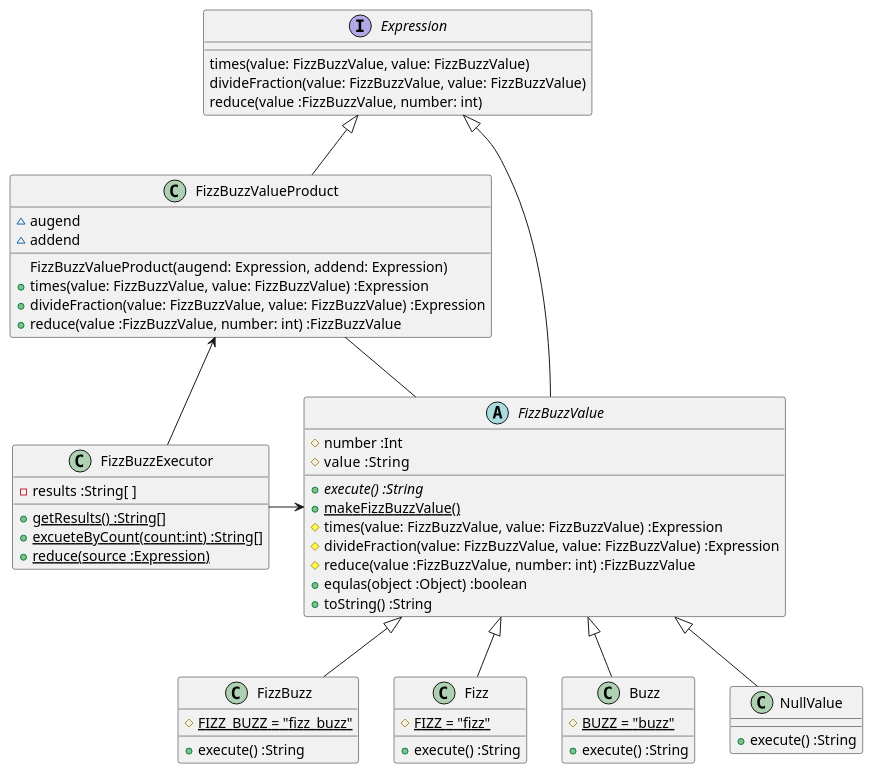
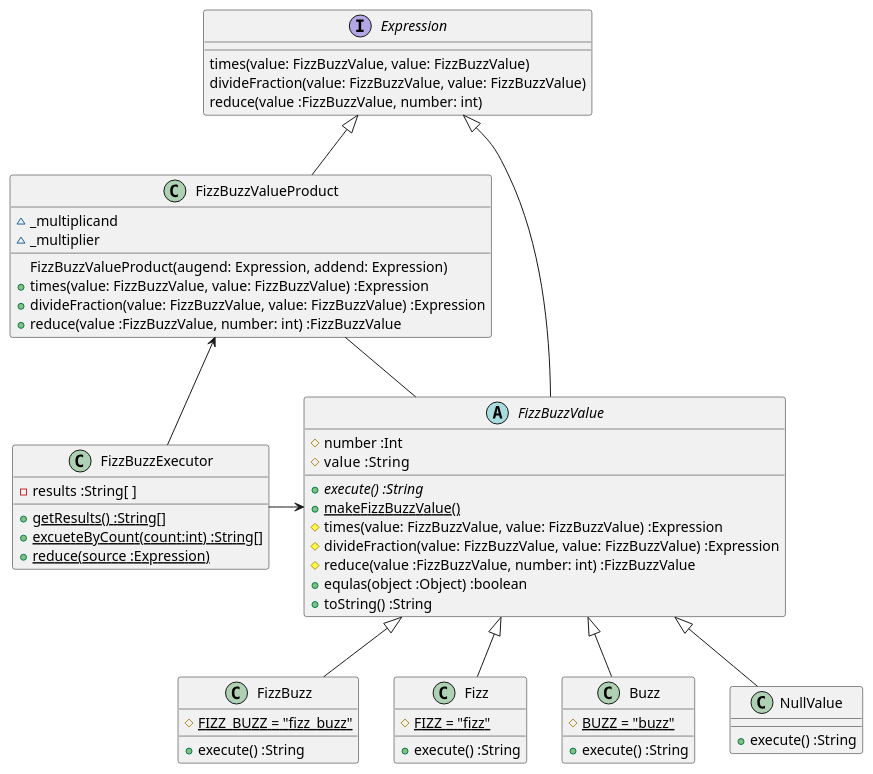
Before and after one commit to k2works/etude_for_java: the first of 5 diagrams in docs/src/fizzbuzz.md, drawn with PlantUML. The commit also changed other lines of this file and 10 other files, not shown here.

````diff
--- a/docs/src/fizzbuzz.md
+++ b/docs/src/fizzbuzz.md
@@ -37,59 +37,59 @@
 ```puml
 @startuml
 class FizzBuzzExecutor {
   -results :String[ ]
   +{static}getResults() :String[]  
   +{static}excueteByCount(count:int) :String[]
   +{static}reduce(source :Expression)
 }
 abstract class FizzBuzzValue {
   #number :Int
   #value  :String
   +{abstract}execute() :String
   +{static} makeFizzBuzzValue()
   #times(value: FizzBuzzValue, value: FizzBuzzValue) :Expression
   #divideFraction(value: FizzBuzzValue, value: FizzBuzzValue) :Expression
   #reduce(value :FizzBuzzValue, number: int) :FizzBuzzValue
   +equlas(object :Object) :boolean
   +toString() :String
 }
 class FizzBuzz {
   #{static} FIZZ_BUZZ = "fizz_buzz"
   +execute() :String
 }
 class Fizz {
   #{static} FIZZ = "fizz"
   +execute() :String
 }
 class Buzz {
   #{static} BUZZ = "buzz"  
   +execute() :String  
 }
 class NullValue {
   +execute() :String  
 }
 class FizzBuzzValueProduct {
-  ~augend
-  ~addend
+  ~_multiplicand
+  ~_multiplier
   FizzBuzzValueProduct(augend: Expression, addend: Expression)
   +times(value: FizzBuzzValue, value: FizzBuzzValue) :Expression
   +divideFraction(value: FizzBuzzValue, value: FizzBuzzValue) :Expression
   +reduce(value :FizzBuzzValue, number: int) :FizzBuzzValue
 }
 interface Expression {
   times(value: FizzBuzzValue, value: FizzBuzzValue)
   divideFraction(value: FizzBuzzValue, value: FizzBuzzValue)
   reduce(value :FizzBuzzValue, number: int)
 }
 FizzBuzzExecutor -> FizzBuzzValue
 FizzBuzzValue <|-- Fizz
 FizzBuzzValue <|-- Buzz
 FizzBuzzValue <|-- FizzBuzz
 FizzBuzzValue <|-- NullValue
 FizzBuzzValueProduct -- FizzBuzzValue
 FizzBuzzValueProduct <- FizzBuzzExecutor
 Expression <|- FizzBuzzValue
 Expression <|-- FizzBuzzValueProduct
 
 @enduml
 ```
````
